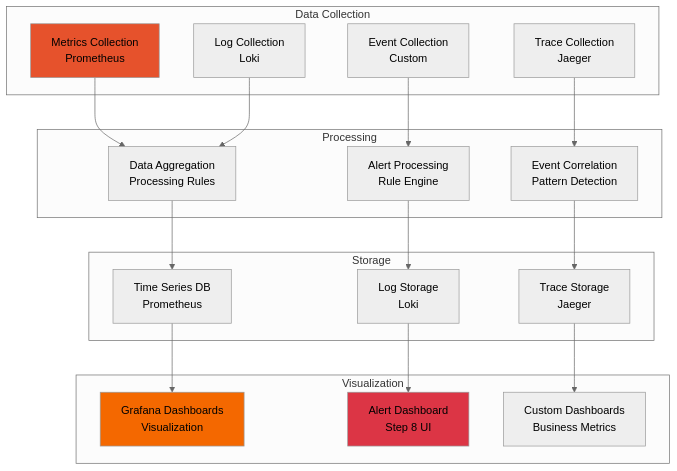
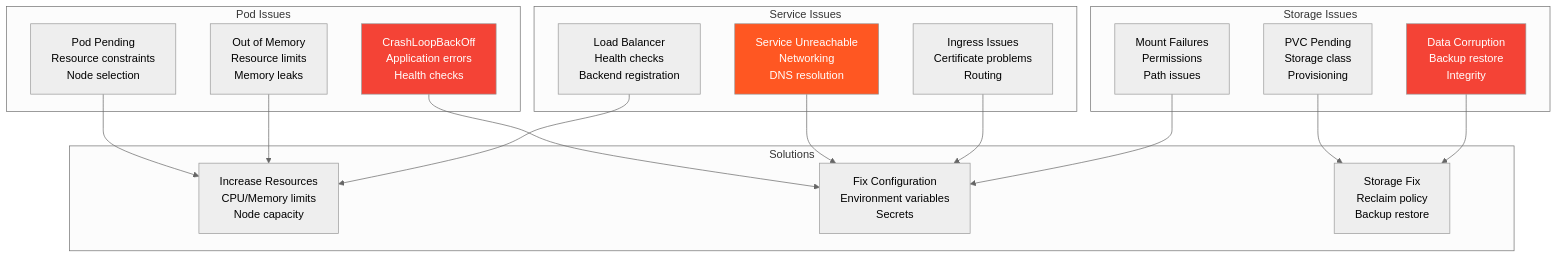
One commit to elementalcollision/GraphMemory-IDE changed the eighth of 8 diagrams in docs/DEPLOYMENT_GUIDE.md. Above: the diagram before and after it, drawn with Mermaid (neutral theme). The commit also changed other lines of this file and 90 other files, not shown here.

````diff
--- a/docs/DEPLOYMENT_GUIDE.md
+++ b/docs/DEPLOYMENT_GUIDE.md
@@ -582,44 +738,42 @@
 ```mermaid
-graph TB
-    subgraph "Data Collection"
-        METRICS[Metrics Collection<br/>Prometheus]
-        LOGS[Log Collection<br/>Loki]
-        TRACES[Trace Collection<br/>Jaeger]
-        EVENTS[Event Collection<br/>Custom]
+flowchart TD
+    subgraph "Pod Issues"
+        POD_PENDING[Pod Pending<br/>Resource constraints<br/>Node selection]
+        POD_CRASHLOOP[CrashLoopBackOff<br/>Application errors<br/>Health checks]
+        POD_OOM[Out of Memory<br/>Resource limits<br/>Memory leaks]
     end
     
-    subgraph "Processing"
-        AGGREGATION[Data Aggregation<br/>Processing Rules]
-        ALERTING[Alert Processing<br/>Rule Engine]
-        CORRELATION[Event Correlation<br/>Pattern Detection]
+    subgraph "Service Issues"
+        SERVICE_UNREACHABLE[Service Unreachable<br/>Networking<br/>DNS resolution]
+        INGRESS_ISSUES[Ingress Issues<br/>Certificate problems<br/>Routing]
+        LOAD_BALANCER[Load Balancer<br/>Health checks<br/>Backend registration]
     end
     
-    subgraph "Storage"
-        TSDB[Time Series DB<br/>Prometheus]
-        LOG_STORE[Log Storage<br/>Loki]
-        TRACE_STORE[Trace Storage<br/>Jaeger]
+    subgraph "Storage Issues"
+        PVC_PENDING[PVC Pending<br/>Storage class<br/>Provisioning]
+        MOUNT_FAILURES[Mount Failures<br/>Permissions<br/>Path issues]
+        DATA_CORRUPTION[Data Corruption<br/>Backup restore<br/>Integrity]
     end
     
-    subgraph "Visualization"
-        GRAFANA[Grafana Dashboards<br/>Visualization]
-        ALERT_UI[Alert Dashboard<br/>Step 8 UI]
-        CUSTOM_DASH[Custom Dashboards<br/>Business Metrics]
+    subgraph "Solutions"
+        RESOURCE_INCREASE[Increase Resources<br/>CPU/Memory limits<br/>Node capacity]
+        CONFIG_FIX[Fix Configuration<br/>Environment variables<br/>Secrets]
+        STORAGE_FIX[Storage Fix<br/>Reclaim policy<br/>Backup restore]
     end
     
-    METRICS --> AGGREGATION
-    LOGS --> AGGREGATION
-    TRACES --> CORRELATION
-    EVENTS --> ALERTING
+    POD_PENDING --> RESOURCE_INCREASE
+    POD_CRASHLOOP --> CONFIG_FIX
+    POD_OOM --> RESOURCE_INCREASE
     
-    AGGREGATION --> TSDB
-    ALERTING --> LOG_STORE
-    CORRELATION --> TRACE_STORE
+    SERVICE_UNREACHABLE --> CONFIG_FIX
+    INGRESS_ISSUES --> CONFIG_FIX
+    LOAD_BALANCER --> RESOURCE_INCREASE
     
-    TSDB --> GRAFANA
-    LOG_STORE --> ALERT_UI
-    TRACE_STORE --> CUSTOM_DASH
+    PVC_PENDING --> STORAGE_FIX
+    MOUNT_FAILURES --> CONFIG_FIX
+    DATA_CORRUPTION --> STORAGE_FIX
     
-    style METRICS fill:#e6522c
-    style GRAFANA fill:#f46800
-    style ALERT_UI fill:#dc3545
+    style POD_CRASHLOOP fill:#f44336,color:#fff
+    style SERVICE_UNREACHABLE fill:#ff5722,color:#fff
+    style DATA_CORRUPTION fill:#f44336,color:#fff
 ```
````
